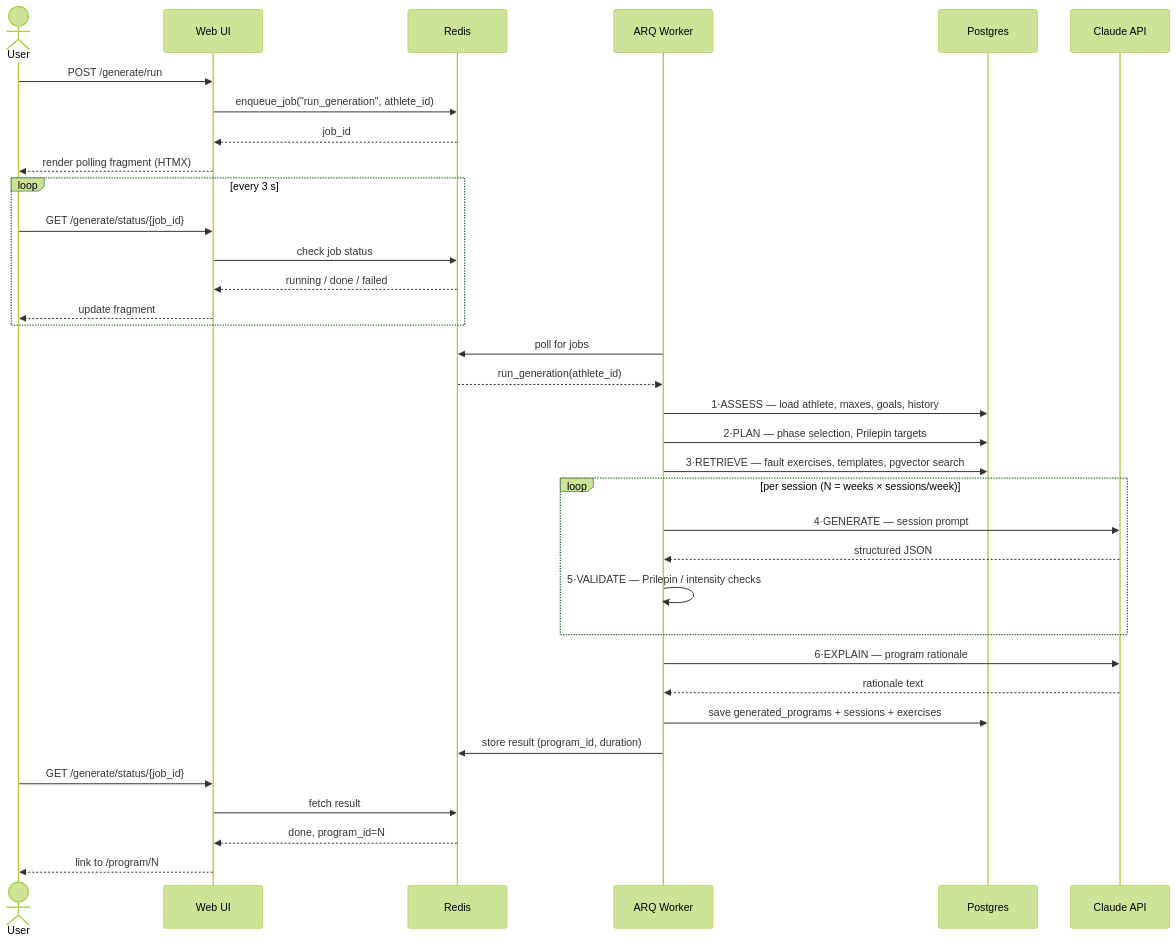
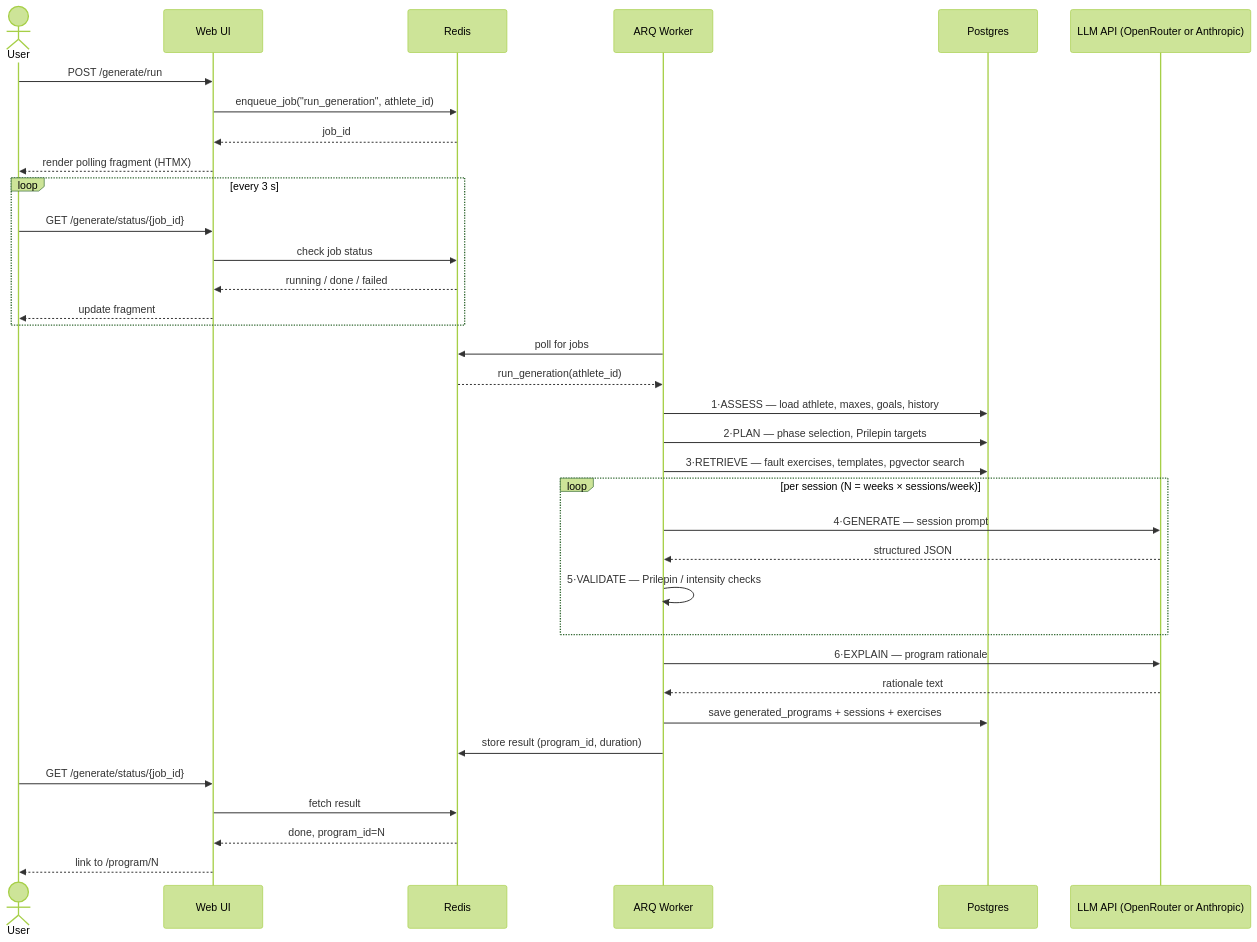
Before and after one commit to dcmshi/oly-program-generator: the second of 4 diagrams in ARCHITECTURE.md, drawn with Mermaid (forest theme). The commit also changed other lines of this file, not shown here.

Commit message:
docs(architecture): provider-aware LLM setup in diagrams and production env vars (LLM_PROVIDER, OPENROUTER_API_KEY) (AUD-7)

````diff
--- a/ARCHITECTURE.md
+++ b/ARCHITECTURE.md
@@ -61,42 +62,42 @@
 ```mermaid
 sequenceDiagram
     actor User
     participant UI as Web UI
     participant Redis
     participant Worker as ARQ Worker
     participant DB as Postgres
-    participant LLM as Claude API
+    participant LLM as LLM API (OpenRouter or Anthropic)
 
     User->>UI: POST /generate/run
     UI->>Redis: enqueue_job("run_generation", athlete_id)
     Redis-->>UI: job_id
     UI-->>User: render polling fragment (HTMX)
 
     loop every 3 s
         User->>UI: GET /generate/status/{job_id}
         UI->>Redis: check job status
         Redis-->>UI: running / done / failed
         UI-->>User: update fragment
     end
 
     Worker->>Redis: poll for jobs
     Redis-->>Worker: run_generation(athlete_id)
 
     Worker->>DB: 1·ASSESS — load athlete, maxes, goals, history
     Worker->>DB: 2·PLAN — phase selection, Prilepin targets
     Worker->>DB: 3·RETRIEVE — fault exercises, templates, pgvector search
     loop per session (N = weeks × sessions/week)
         Worker->>LLM: 4·GENERATE — session prompt
         LLM-->>Worker: structured JSON
         Worker->>Worker: 5·VALIDATE — Prilepin / intensity checks
     end
     Worker->>LLM: 6·EXPLAIN — program rationale
     LLM-->>Worker: rationale text
     Worker->>DB: save generated_programs + sessions + exercises
     Worker->>Redis: store result (program_id, duration)
 
     User->>UI: GET /generate/status/{job_id}
     UI->>Redis: fetch result
     Redis-->>UI: done, program_id=N
     UI-->>User: link to /program/N
 ```
````
